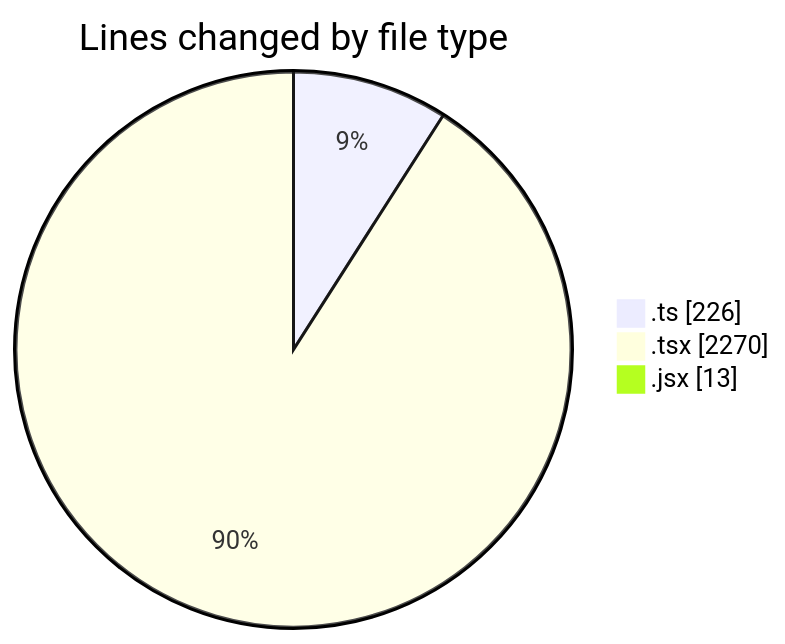
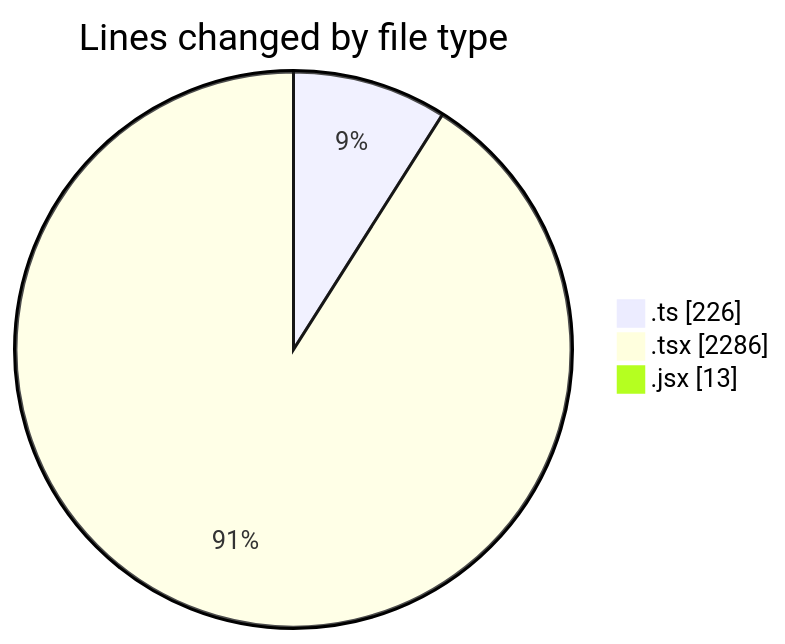
One commit to momahboobian/code-tracking changed the first of 2 diagrams in 2025-12-02/cda/README.md. Above: the diagram before and after it, drawn with Mermaid. The commit also changed other lines of this file and 1 other file, not shown here.

````diff
--- a/2025-12-02/cda/README.md
+++ b/2025-12-02/cda/README.md
@@ -28,7 +28,7 @@
 ```mermaid
 pie showData
 title Lines changed by file type
 ".ts" : 226
-".tsx" : 2270
+".tsx" : 2286
 ".jsx" : 13
 ```
````
